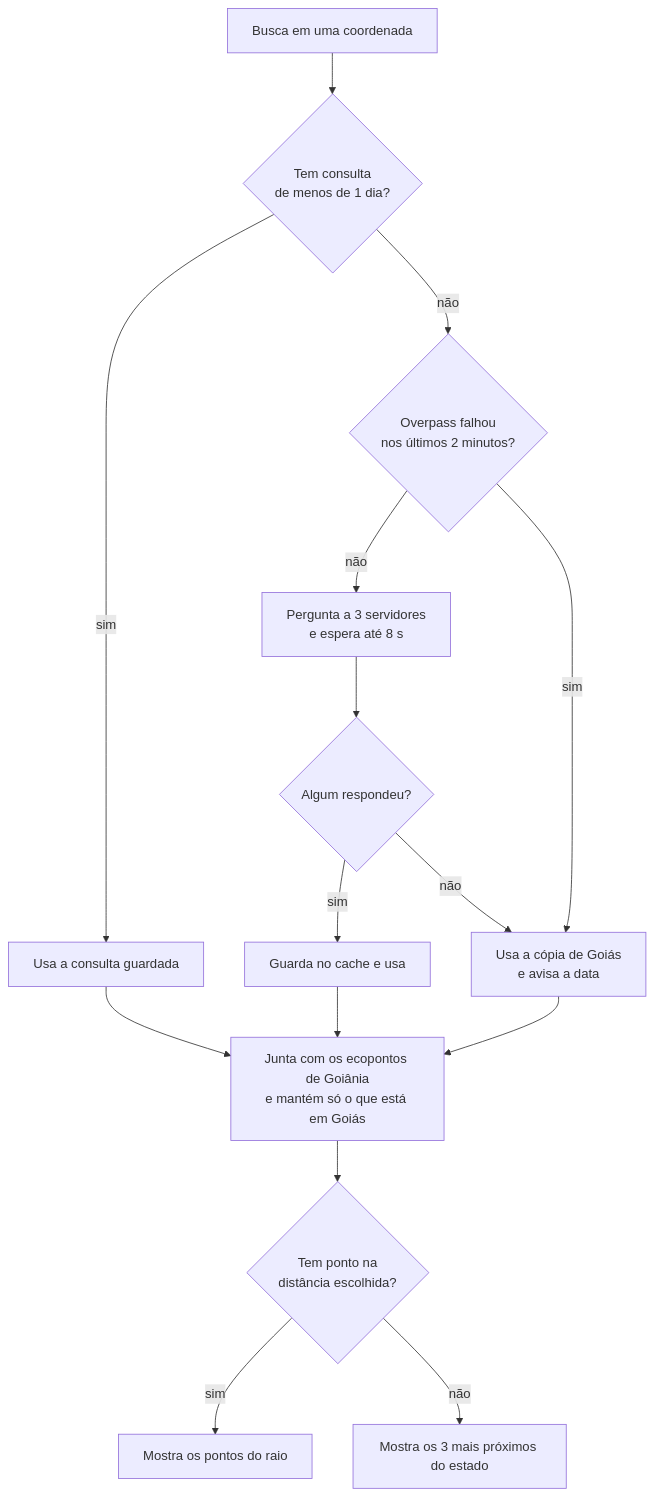
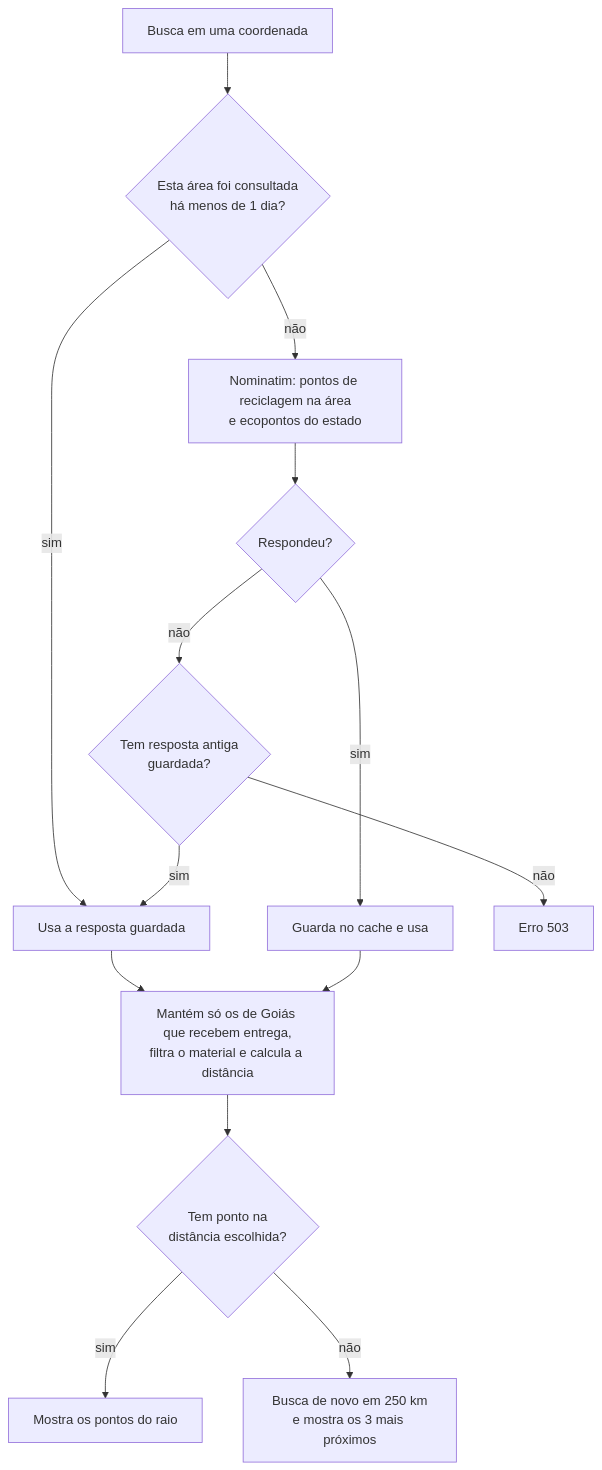
The third of 4 diagrams in docs/DIAGRAMAS.md (GustasSilva/residuogo), drawn with Mermaid before and after one commit. The commit also changed other lines of this file and 26 other files, not shown here.

Commit message:
busca os pontos ao vivo pelo Nominatim e tira os dados guardados no projeto

````diff
--- a/docs/DIAGRAMAS.md
+++ b/docs/DIAGRAMAS.md
@@ -70,17 +61,16 @@
 ```mermaid
 flowchart TD
-    inicio["Busca em uma coordenada"] --> cache{"Tem consulta<br/>de menos de 1 dia?"}
-    cache -- sim --> usar["Usa a consulta guardada"]
-    cache -- não --> falhou{"Overpass falhou<br/>nos últimos 2 minutos?"}
-    falhou -- não --> perguntar["Pergunta a 3 servidores<br/>e espera até 8 s"]
-    perguntar --> respondeu{"Algum respondeu?"}
+    inicio["Busca em uma coordenada"] --> cache{"Esta área foi consultada<br/>há menos de 1 dia?"}
+    cache -- sim --> usar["Usa a resposta guardada"]
+    cache -- não --> perguntar["Nominatim: pontos de reciclagem na área<br/>e ecopontos do estado"]
+    perguntar --> respondeu{"Respondeu?"}
     respondeu -- sim --> guardar["Guarda no cache e usa"]
-    respondeu -- não --> copia["Usa a cópia de Goiás<br/>e avisa a data"]
-    falhou -- sim --> copia
-    usar --> final["Junta com os ecopontos de Goiânia<br/>e mantém só o que está em Goiás"]
-    guardar --> final
-    copia --> final
-    final --> raio{"Tem ponto na<br/>distância escolhida?"}
+    respondeu -- não --> antiga{"Tem resposta antiga<br/>guardada?"}
+    antiga -- sim --> usar
+    antiga -- não --> erro["Erro 503"]
+    usar --> filtrar["Mantém só os de Goiás que recebem entrega,<br/>filtra o material e calcula a distância"]
+    guardar --> filtrar
+    filtrar --> raio{"Tem ponto na<br/>distância escolhida?"}
     raio -- sim --> lista["Mostra os pontos do raio"]
-    raio -- não --> proximos["Mostra os 3 mais próximos do estado"]
+    raio -- não --> proximos["Busca de novo em 250 km<br/>e mostra os 3 mais próximos"]
 ```
````
